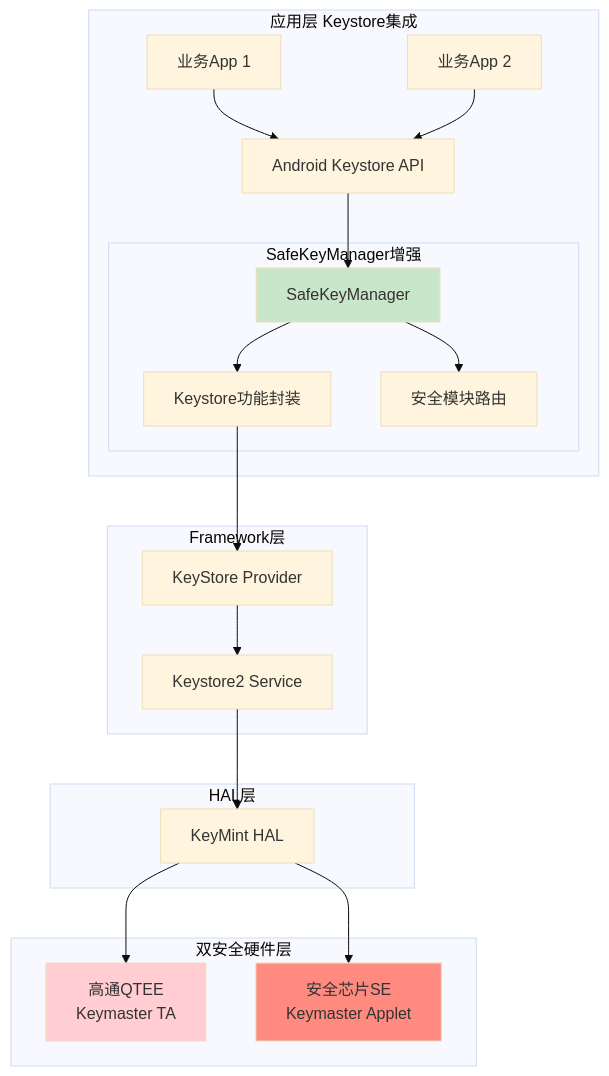
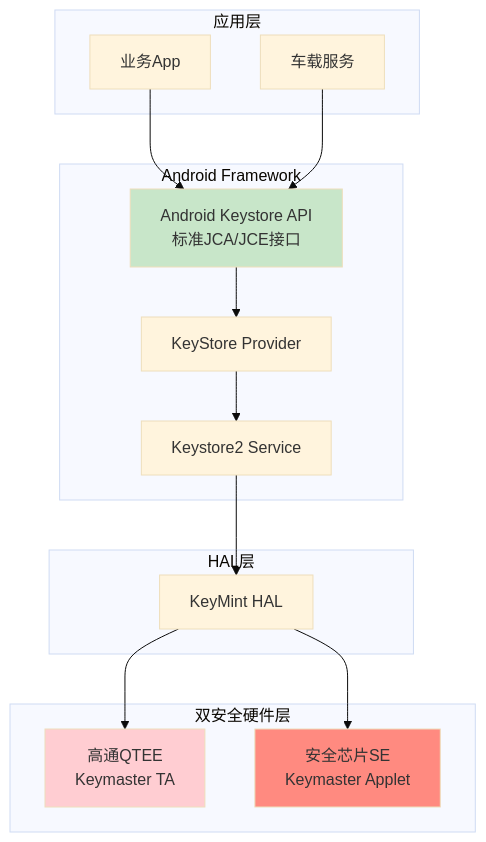
One commit to chenlehua/android-sec changed diagram 18 of 26 in specs/car-qualcomm-platform.md. Above: the diagram before and after it, drawn with Mermaid (base theme). The commit also changed other lines of this file and 1 other file, not shown here.

````diff
--- a/specs/car-qualcomm-platform.md
+++ b/specs/car-qualcomm-platform.md
@@ -649,44 +645,34 @@
 ```mermaid
 graph TB
-    subgraph "应用层 Keystore集成"
-        APP1["业务App 1"]
-        APP2["业务App 2"]
-        
-        KS_API["Android Keystore API"]
-        
-        subgraph "SafeKeyManager增强"
-            SKM["SafeKeyManager"]
-            SKM_KS["Keystore功能封装"]
-            SKM_ROUTER["安全模块路由"]
-        end
+    subgraph "应用层"
+        APP1["业务App"]
+        APP2["车载服务"]
     end
 
-    subgraph "Framework层"
+    subgraph "Android Framework"
+        KS_API["Android Keystore API<br/>标准JCA/JCE接口"]
         KSP["KeyStore Provider"]
         KS2["Keystore2 Service"]
     end
 
     subgraph "HAL层"
         KM_HAL["KeyMint HAL"]
     end
 
     subgraph "双安全硬件层"
         QTEE["高通QTEE<br/>Keymaster TA"]
         SE["安全芯片SE<br/>Keymaster Applet"]
     end
 
     APP1 --> KS_API
     APP2 --> KS_API
-    KS_API --> SKM
-    SKM --> SKM_KS
-    SKM --> SKM_ROUTER
-    SKM_KS --> KSP
+    KS_API --> KSP
     KSP --> KS2
     KS2 --> KM_HAL
     KM_HAL --> QTEE
     KM_HAL --> SE
 
-    style SKM fill:#c8e6c9
+    style KS_API fill:#c8e6c9
     style QTEE fill:#ffcdd2
     style SE fill:#ff8a80
 ```
````
